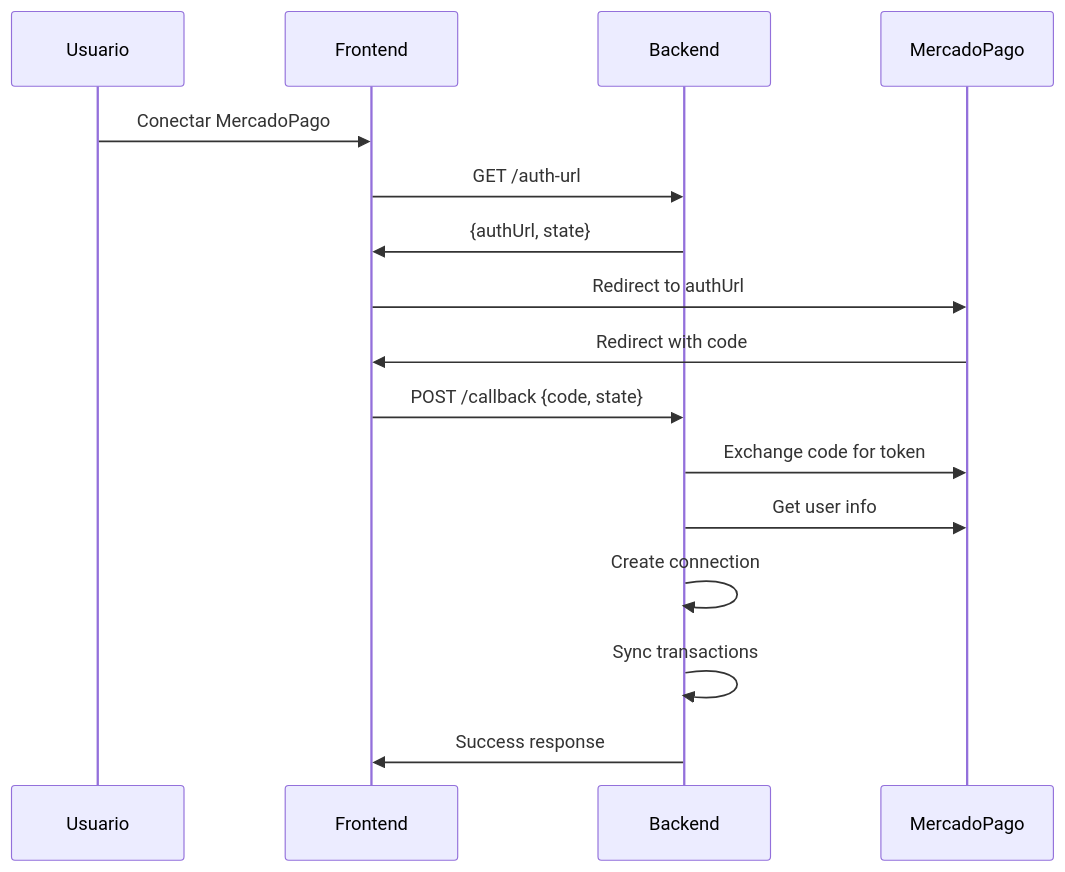
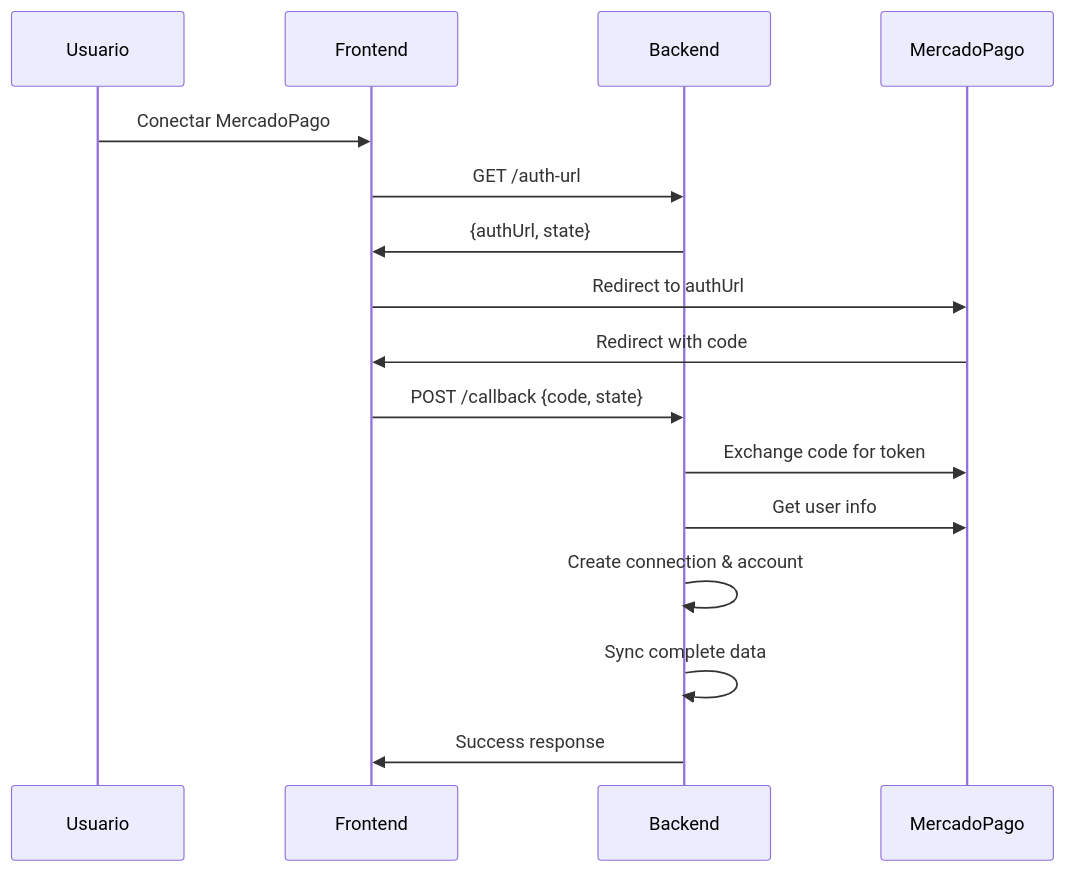
One commit to poloatt/attadia changed the first of 2 diagrams in docs/MERCADOPAGO_BEST_PRACTICES.md. Above: the diagram before and after it, drawn with Mermaid. The commit also changed other lines of this file and 3 other files, not shown here.

````diff
--- a/docs/MERCADOPAGO_BEST_PRACTICES.md
+++ b/docs/MERCADOPAGO_BEST_PRACTICES.md
@@ -172,19 +236,19 @@
 ```mermaid
 sequenceDiagram
     participant U as Usuario
     participant F as Frontend
     participant B as Backend
     participant MP as MercadoPago
     
     U->>F: Conectar MercadoPago
     F->>B: GET /auth-url
     B->>F: {authUrl, state}
     F->>MP: Redirect to authUrl
     MP->>F: Redirect with code
     F->>B: POST /callback {code, state}
     B->>MP: Exchange code for token
     B->>MP: Get user info
-    B->>B: Create connection
-    B->>B: Sync transactions
+    B->>B: Create connection & account
+    B->>B: Sync complete data
     B->>F: Success response
 ```
````
